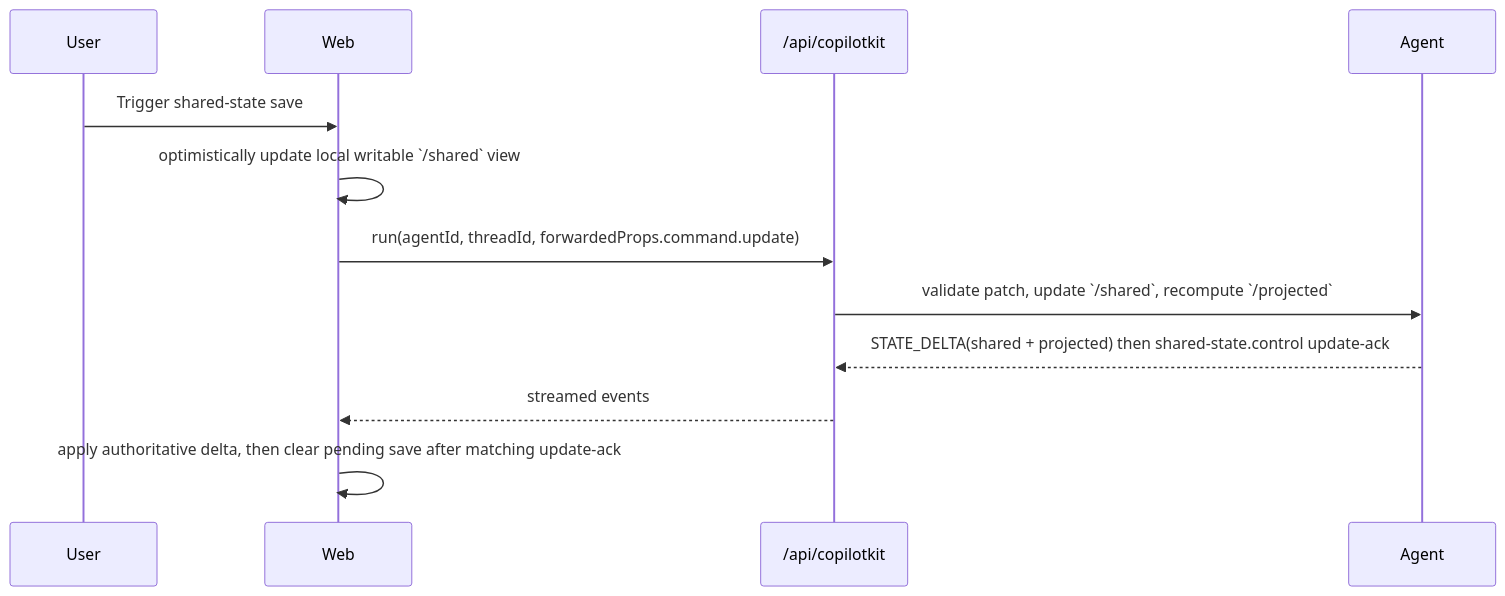
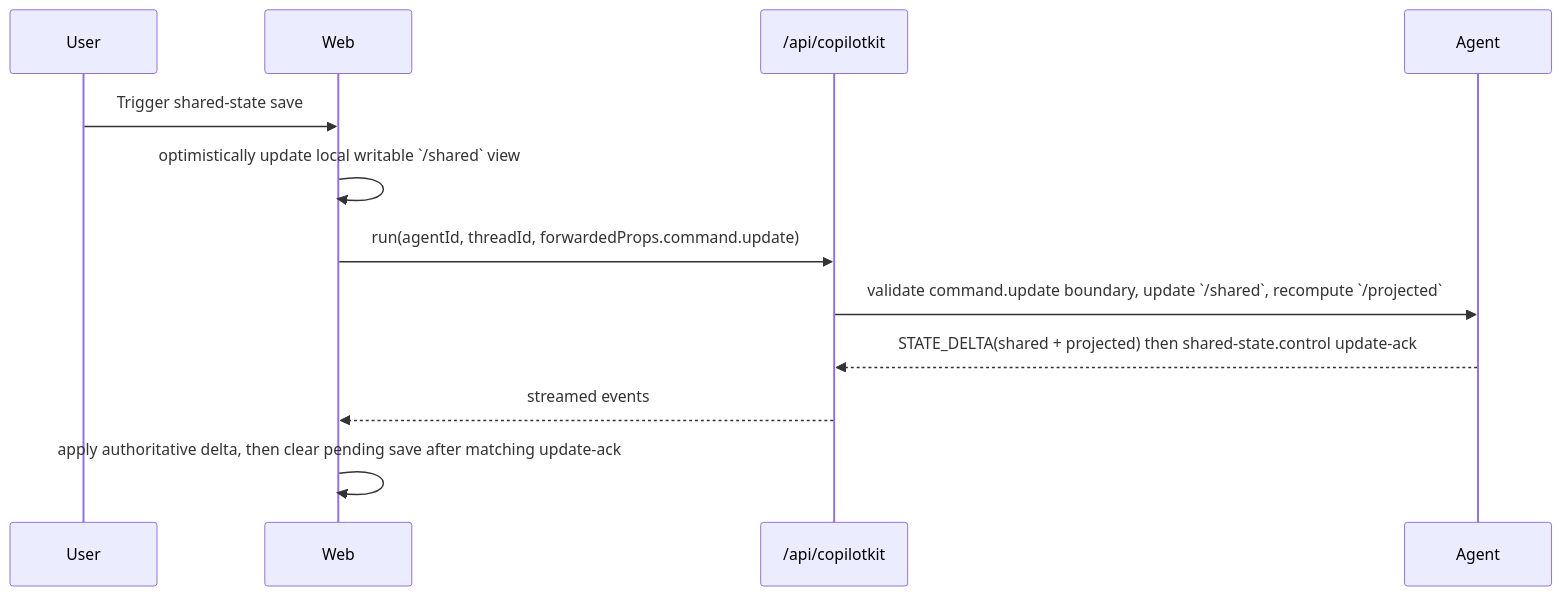
Before and after one commit to EmberAGI/arbitrum-vibekit: the sixth of 6 diagrams in typescript/clients/web-ag-ui/docs/c4-target-architecture-web-ag-ui-agents.md, drawn with Mermaid. The commit also changed other lines of this file and 10 other files, not shown here.

````diff
--- a/typescript/clients/web-ag-ui/docs/c4-target-architecture-web-ag-ui-agents.md
+++ b/typescript/clients/web-ag-ui/docs/c4-target-architecture-web-ag-ui-agents.md
@@ -290,15 +291,15 @@
 ```mermaid
 sequenceDiagram
   participant User
   participant Web
   participant Runtime as /api/copilotkit
   participant Agent
 
   User->>Web: Trigger shared-state save
   Web->>Web: optimistically update local writable `/shared` view
   Web->>Runtime: run(agentId, threadId, forwardedProps.command.update)
-  Runtime->>Agent: validate patch, update `/shared`, recompute `/projected`
+  Runtime->>Agent: validate command.update boundary, update `/shared`, recompute `/projected`
   Agent-->>Runtime: STATE_DELTA(shared + projected) then shared-state.control update-ack
   Runtime-->>Web: streamed events
   Web->>Web: apply authoritative delta, then clear pending save after matching update-ack
 ```
````
